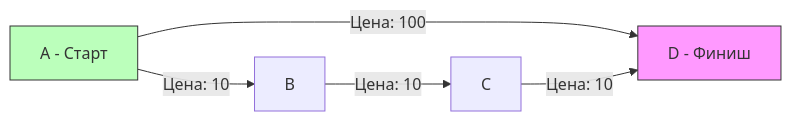
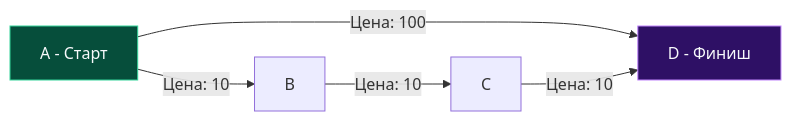
The diagram in sources/21. Задачи с LeetCode и собеседований на Go/02. Задачи/14. Графы/9. Cheapest Flights Within K Stops.md (UnrealTemplier/go-textbook), drawn with Mermaid before and after one commit. The commit also changed 310 other files, not shown here.

First line of the commit message:
fix(mermaid): replace light fill colors with dark palette for readability on dark theme

````diff
--- a/sources/21. Задачи с LeetCode и собеседований на Go/02. Задачи/14. Графы/9. Cheapest Flights Within K Stops.md
+++ b/sources/21. Задачи с LeetCode и собеседований на Go/02. Задачи/14. Графы/9. Cheapest Flights Within K Stops.md
@@ -15,10 +15,10 @@
 ```mermaid
 graph LR
     A["A - Старт"] -->|"Цена: 100"| D["D - Финиш"]
     A -->|"Цена: 10"| B["B"]
     B -->|"Цена: 10"| C["C"]
     C -->|"Цена: 10"| D
     
-    style A fill:#bfb,stroke:#333
-    style D fill:#f9f,stroke:#333
+    style A fill:#064e3b,stroke:#34d399,color:#f8fafc
+    style D fill:#2e1065,stroke:#c084fc,color:#f8fafc
 ```
````
